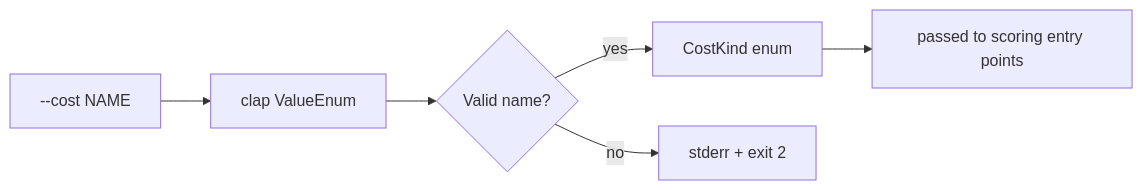
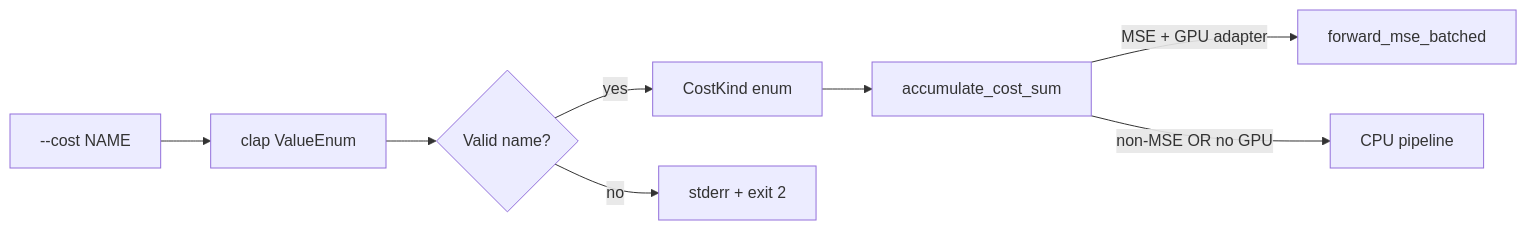
One commit to stSoftwareAU/NEAT-AI-scorer changed the second of 5 diagrams in README.md. Above: the diagram before and after it, drawn with Mermaid. The commit also changed other lines of this file and 5 other files, not shown here.

First line of the commit message:
docs(scorer): document --cost flag and GPU MSE-only constraint (#123) (#128)

````diff
--- a/README.md
+++ b/README.md
@@ -165,8 +181,10 @@
 ```mermaid
 flowchart LR
     CLI[--cost NAME] --> Parse[clap ValueEnum]
     Parse --> Valid{Valid name?}
     Valid -->|yes| CostKind[CostKind enum]
     Valid -->|no| Err[stderr + exit 2]
-    CostKind --> Scorer[passed to scoring entry points]
+    CostKind --> Dispatch[accumulate_cost_sum]
+    Dispatch -->|MSE + GPU adapter| GPU[forward_mse_batched]
+    Dispatch -->|non-MSE OR no GPU| CPU[CPU pipeline]
 ```
````
